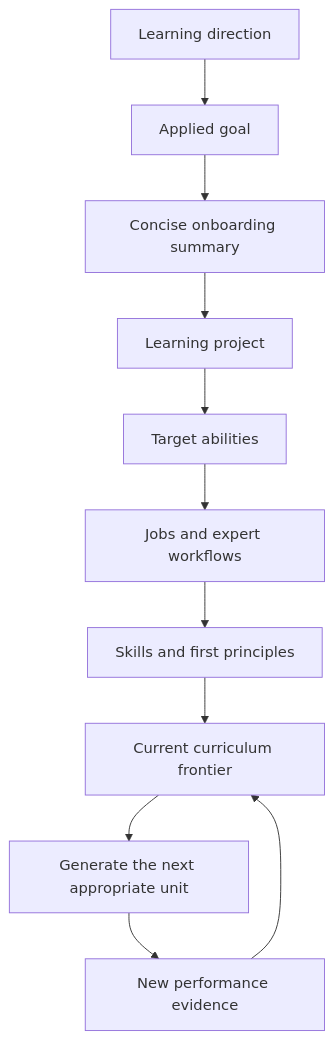
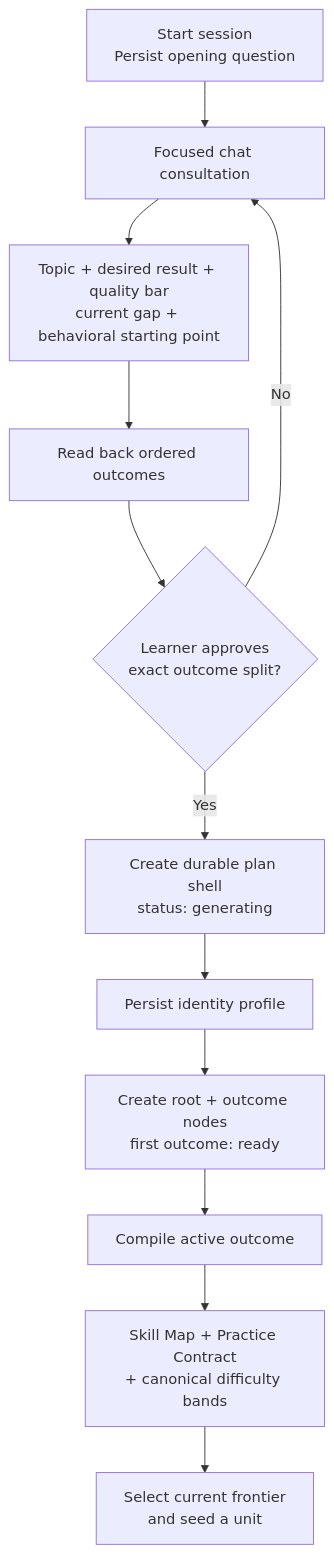
The first of 3 diagrams in breakpoint-current.md (Siffrico/Breakpoint), drawn with Mermaid before and after one commit. The commit also changed other lines of this file, not shown here.

First line of the commit message:
Rewrite current learning-system architecture note

````diff
--- a/breakpoint-current.md
+++ b/breakpoint-current.md
@@ -11,13 +59,14 @@
 ```mermaid
 flowchart TD
-    A[Learning direction] --> B[Applied goal]
-    B --> C[Concise onboarding summary]
-    C --> D[Learning project]
-    D --> E[Target abilities]
-    E --> F[Jobs and expert workflows]
-    F --> G[Skills and first principles]
-    G --> H[Current curriculum frontier]
-    H --> I[Generate the next appropriate unit]
-    I --> J[New performance evidence]
-    J --> H
+    A[Start session\nPersist opening question] --> B[Focused chat consultation]
+    B --> C[Topic + desired result + quality bar\ncurrent gap + behavioral starting point]
+    C --> D[Read back ordered outcomes]
+    D --> E{Learner approves\nexact outcome split?}
+    E -->|No| B
+    E -->|Yes| F[Create durable plan shell\nstatus: generating]
+    F --> G[Persist identity profile]
+    G --> H[Create root + outcome nodes\nfirst outcome: ready]
+    H --> I[Compile active outcome]
+    I --> J[Skill Map + Practice Contract\n+ canonical difficulty bands]
+    J --> K[Select current frontier\nand seed a unit]
 ```
````
